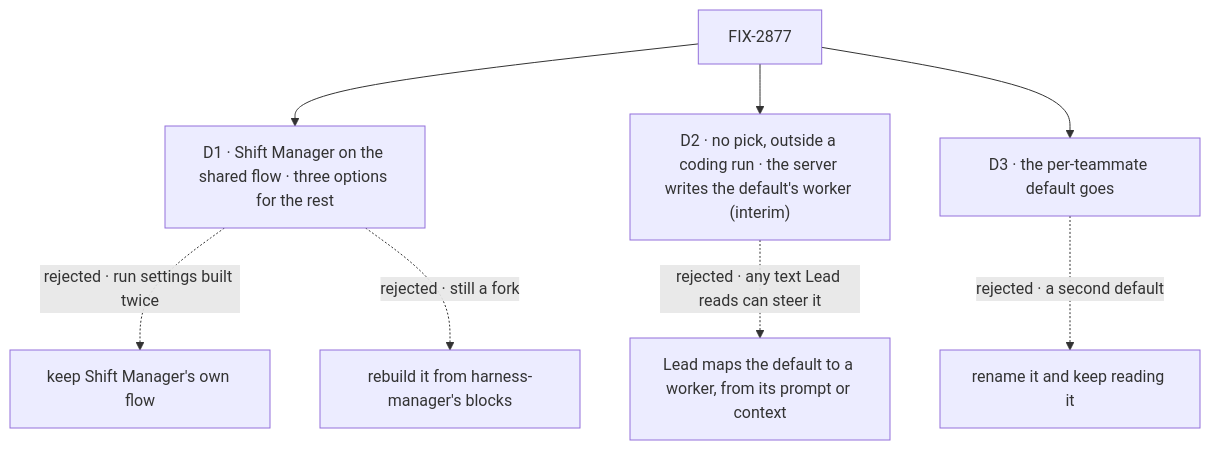
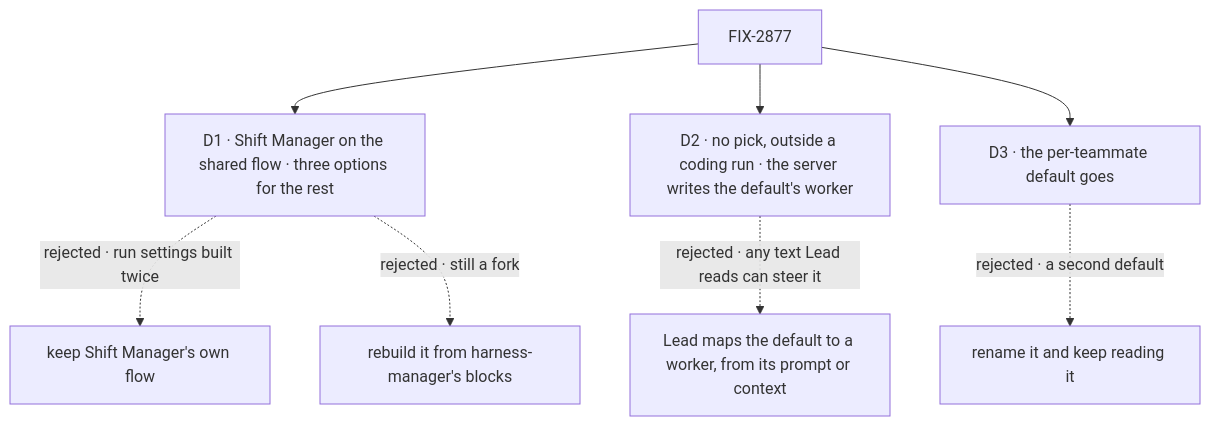
One commit to fixpoint-labs/flow-state-dev changed the diagram in specs/issues/FIX-2877/DECISIONS.md. Above: the diagram before and after it, drawn with Mermaid. The commit also changed other lines of this file and 2 other files, not shown here.

First line of the commit message:
spec(FIX-2877): D2's no-pick assignee outside a coding run is permanent, not interim to FIX-2878

````diff
--- a/specs/issues/FIX-2877/DECISIONS.md
+++ b/specs/issues/FIX-2877/DECISIONS.md
@@ -11,10 +11,10 @@
 ```mermaid
 flowchart TD
   I["FIX-2877"] --> D1["D1 · Shift Manager on the shared flow · three options for the rest"]
   D1 -.->|"rejected · run settings built twice"| X1["keep Shift Manager's own flow"]
   D1 -.->|"rejected · still a fork"| X1b["rebuild it from harness-manager's blocks"]
-  I --> D2["D2 · no pick, outside a coding run · the server writes the default's worker (interim)"]
+  I --> D2["D2 · no pick, outside a coding run · the server writes the default's worker"]
   D2 -.->|"rejected · any text Lead reads can steer it"| X2["Lead maps the default to a worker, from its prompt or context"]
   I --> D3["D3 · the per-teammate default goes"]
   D3 -.->|"rejected · a second default"| X3["rename it and keep reading it"]
 ```
````
